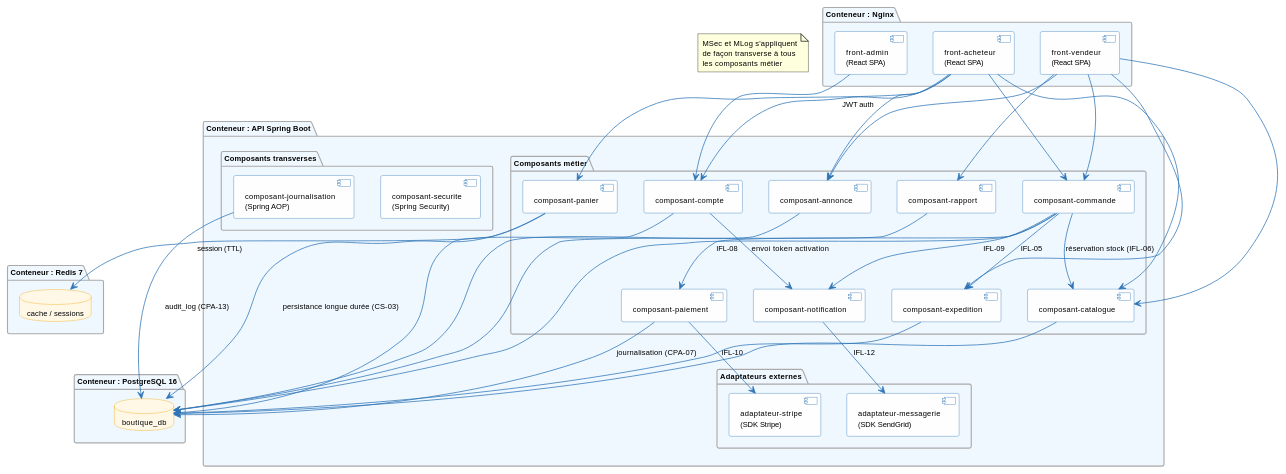
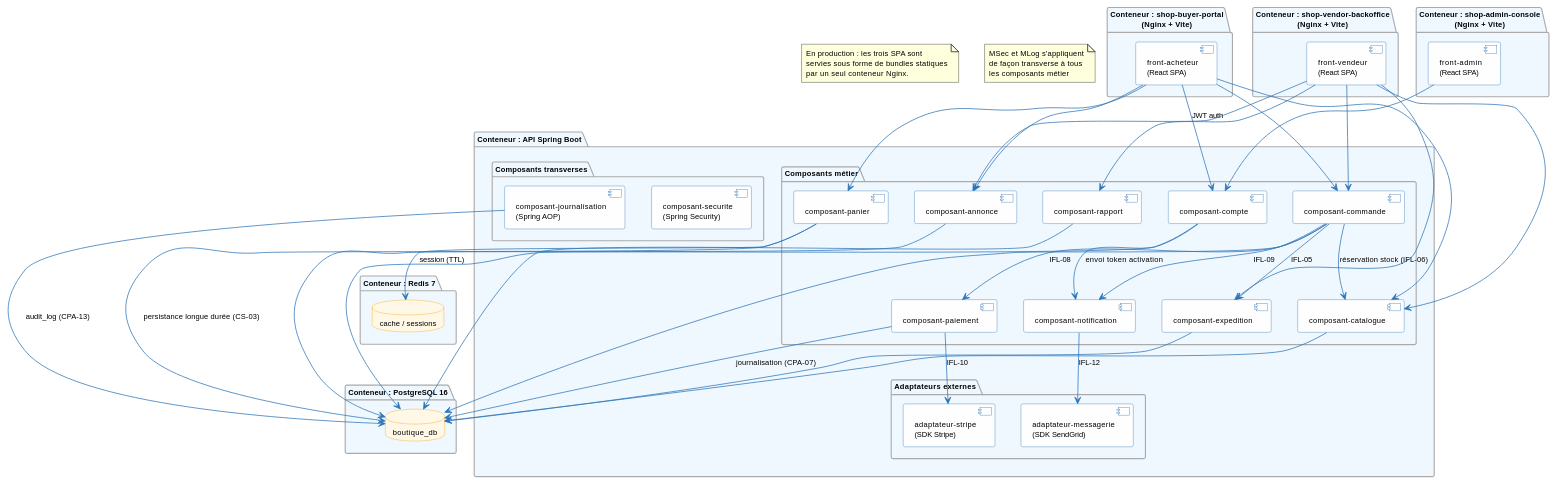
The second of 43 diagrams in architecture/04-physical-architecture/pa.adoc (louistalvande/online_shop), drawn with PlantUML before and after one commit. The commit also changed other lines of this file and 13 other files, not shown here.

```diff
--- a/architecture/04-physical-architecture/pa.adoc
+++ b/architecture/04-physical-architecture/pa.adoc
@@ -234,11 +234,19 @@
 skinparam databaseBorderColor #F0A500
 skinparam defaultFontSize 10
 
-package "Conteneur : Nginx" {
+package "Conteneur : shop-buyer-portal\n(Nginx + Vite)" {
   [front-acheteur\n(React SPA)] as FrontB
+}
+
+package "Conteneur : shop-vendor-backoffice\n(Nginx + Vite)" {
   [front-vendeur\n(React SPA)] as FrontV
+}
+
+package "Conteneur : shop-admin-console\n(Nginx + Vite)" {
   [front-admin\n(React SPA)] as FrontA
 }
+
+note "En production : les trois SPA sont\nservies sous forme de bundles statiques\npar un seul conteneur Nginx." as NoteNginxProd
 
 package "Conteneur : API Spring Boot" {
   package "Composants métier" {
```
